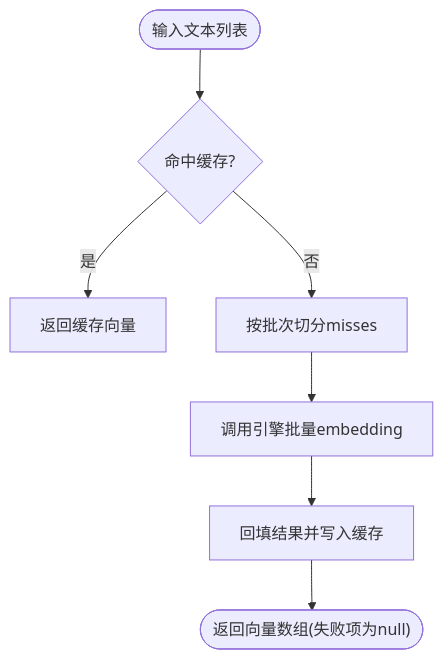
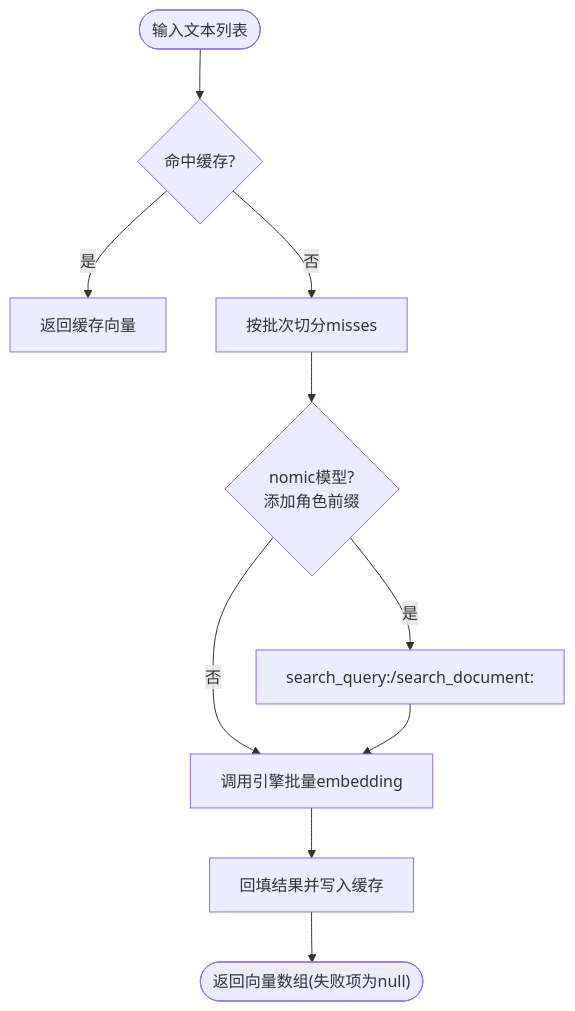
The fourth of 6 diagrams in .qoder/repowiki/zh/content/AI与LLM集成/AI与LLM集成.md (dgjin/smart-data-analytics), drawn with Mermaid before and after one commit. The commit also changed other lines of this file and 100 other files, not shown here.

````diff
--- a/.qoder/repowiki/zh/content/AI与LLM集成/AI与LLM集成.md
+++ b/.qoder/repowiki/zh/content/AI与LLM集成/AI与LLM集成.md
@@ -261,9 +195,12 @@
 ```mermaid
 flowchart TD
 In(["输入文本列表"]) --> CacheCheck{"命中缓存?"}
 CacheCheck --> |是| ReturnHit["返回缓存向量"]
 CacheCheck --> |否| Batch["按批次切分misses"]
-Batch --> CallEng["调用引擎批量embedding"]
+Batch --> RolePrefix{"nomic模型?<br/>添加角色前缀"}
+RolePrefix --> |是| AddPrefix["search_query:/search_document:"]
+RolePrefix --> |否| CallEng["调用引擎批量embedding"]
+AddPrefix --> CallEng
 CallEng --> Fill["回填结果并写入缓存"]
 Fill --> Out(["返回向量数组(失败项为null)"])
 ```
````
